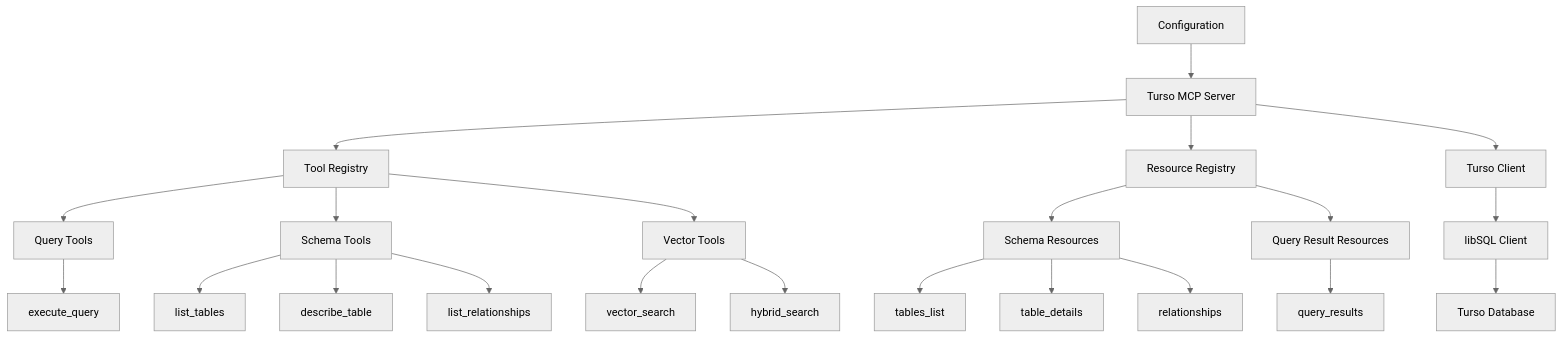
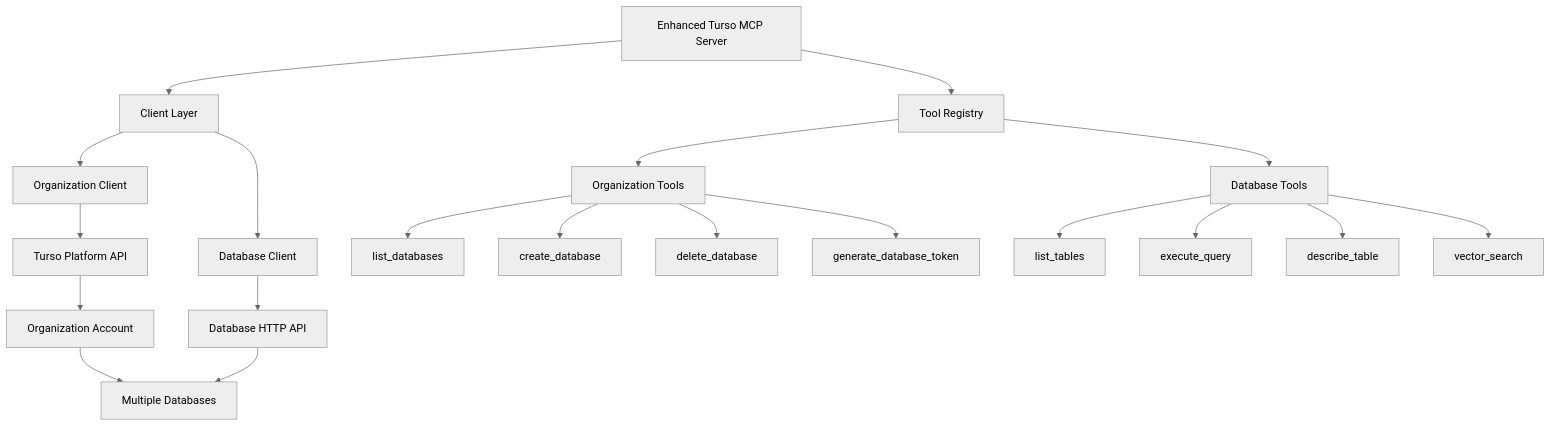
The first of 2 diagrams in plan.md (spences10/mcp-turso-cloud), drawn with Mermaid (neutral theme) before and after one commit. The commit also changed other lines of this file and 7 other files, not shown here.

````diff
--- a/plan.md
+++ b/plan.md
@@ -5,30 +5,27 @@
 ```mermaid
 graph TD
-    A[Turso MCP Server] --> B[Tool Registry]
-    A --> C[Resource Registry]
+    A[Enhanced Turso MCP Server] --> B[Client Layer]
+    B --> C[Organization Client]
+    B --> D[Database Client]
     
-    B --> D[Query Tools]
-    B --> E[Schema Tools]
-    B --> F[Vector Tools]
+    A --> E[Tool Registry]
+    E --> F[Organization Tools]
+    E --> G[Database Tools]
     
-    C --> G[Schema Resources]
-    C --> H[Query Result Resources]
+    F --> F1[list_databases]
+    F --> F2[create_database]
+    F --> F3[delete_database]
+    F --> F4[generate_database_token]
     
-    D --> D1[execute_query]
-    E --> E1[list_tables]
-    E --> E2[describe_table]
-    E --> E3[list_relationships]
-    F --> F1[vector_search]
-    F --> F2[hybrid_search]
+    G --> G1[list_tables]
+    G --> G2[execute_query]
+    G --> G3[describe_table]
+    G --> G4[vector_search]
     
-    G --> G1[tables_list]
-    G --> G2[table_details]
-    G --> G3[relationships]
-    H --> H1[query_results]
+    C --> H[Turso Platform API]
+    D --> I[Database HTTP API]
     
-    A --> I[Turso Client]
-    I --> J[libSQL Client]
-    J --> K[Turso Database]
-    
-    L[Configuration] --> A
+    H --> J[Organization Account]
+    J --> K[Multiple Databases]
+    I --> K
 ```
````
